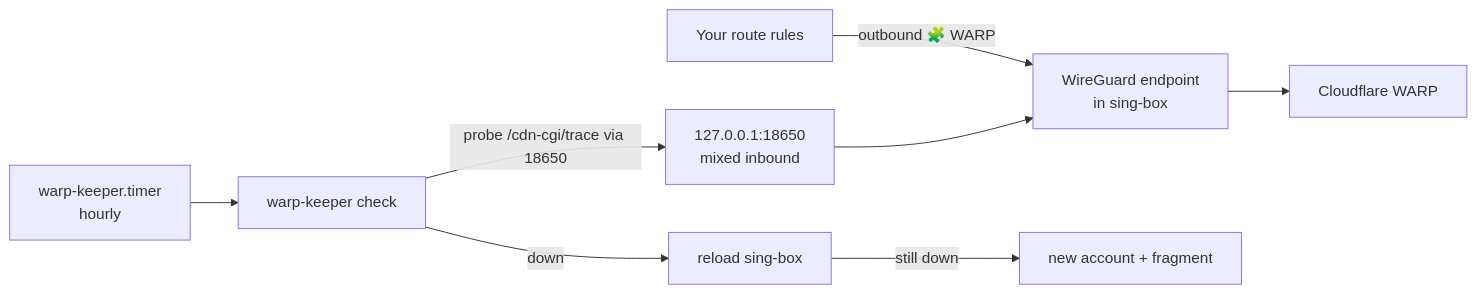
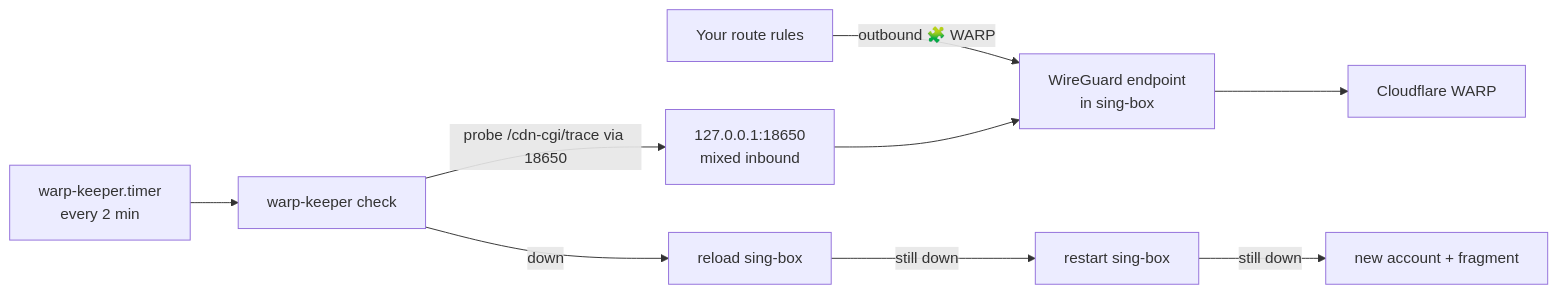
The diagram in warp-keeper/README.md (10ta/scripts-de-moi), drawn with Mermaid before and after one commit. The commit also changed other lines of this file and 8 other files, not shown here.

````diff
--- a/warp-keeper/README.md
+++ b/warp-keeper/README.md
@@ -179,9 +181,9 @@
 ```mermaid
 flowchart LR
   R[Your route rules] -->|outbound 🧩 WARP| E[WireGuard endpoint<br/>in sing-box]
   L[127.0.0.1:18650<br/>mixed inbound] --> E
   E --> W[Cloudflare WARP]
-  T[warp-keeper.timer<br/>hourly] --> K[warp-keeper check]
+  T[warp-keeper.timer<br/>every 2 min] --> K[warp-keeper check]
   K -->|probe /cdn-cgi/trace via 18650| L
-  K -->|down| RL[reload sing-box] -->|still down| RN[new account + fragment]
+  K -->|down| RL[reload sing-box] -->|still down| RS[restart sing-box] -->|still down| RN[new account + fragment]
 ```
````
